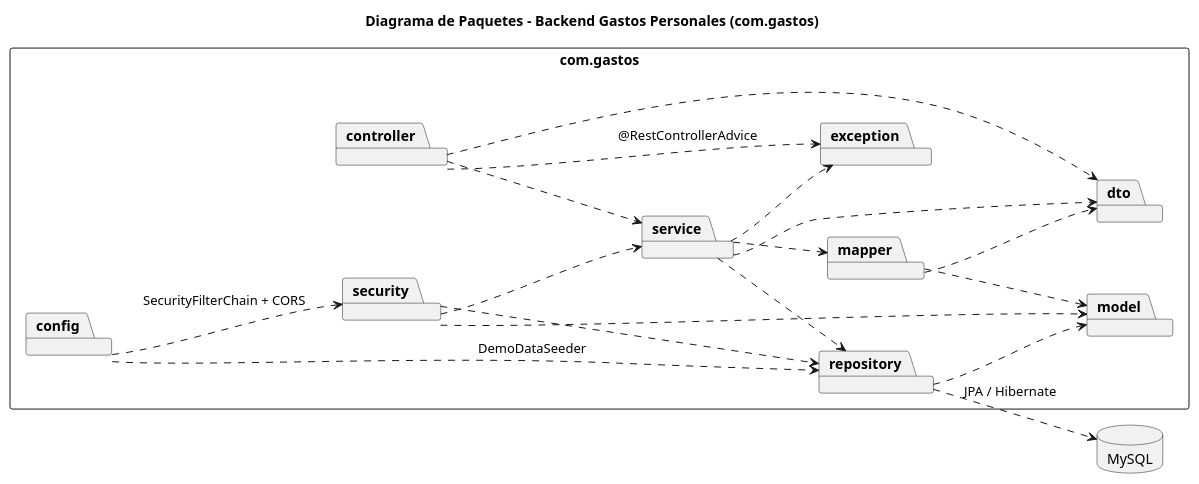
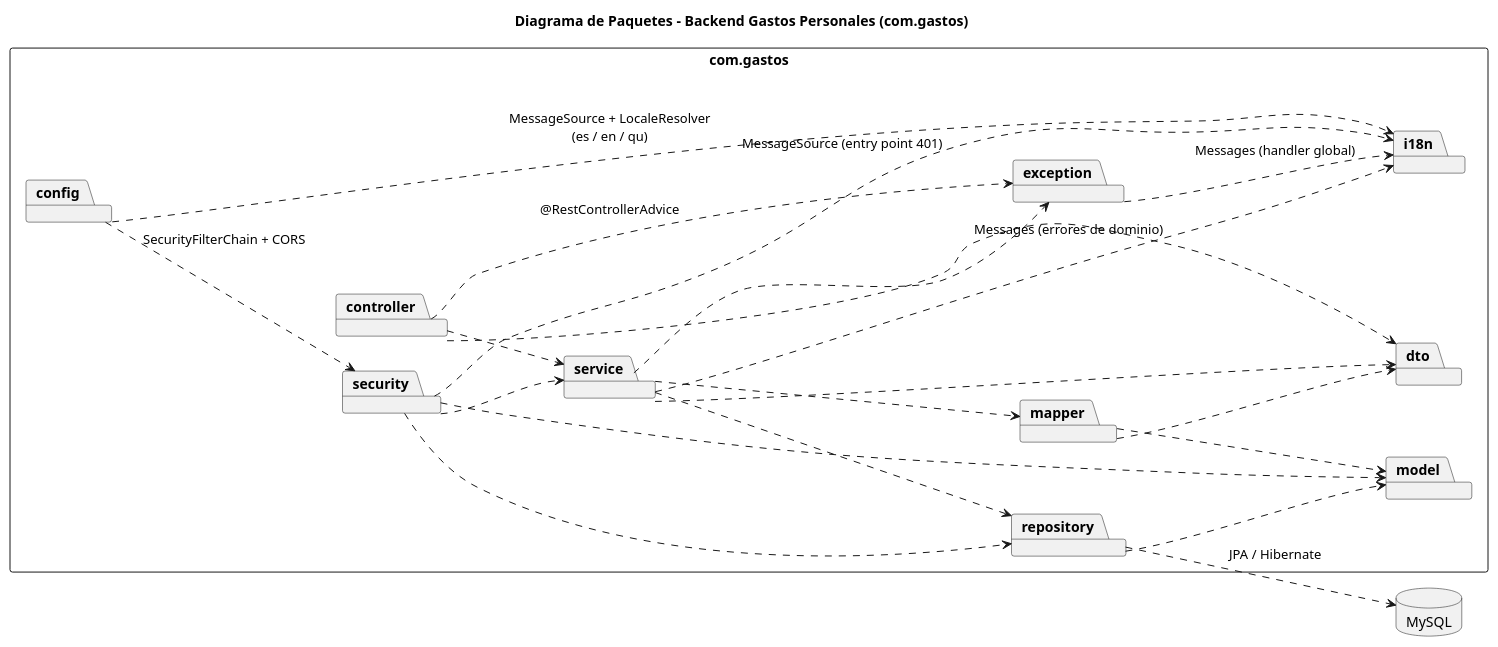
Before and after one commit to renzocand/04---gastos-personales: the diagram in docs/package-diagram.puml, drawn with PlantUML. The commit also changed 73 other files, not shown here.

```diff
--- a/docs/package-diagram.puml
+++ b/docs/package-diagram.puml
@@ -1,43 +1,51 @@
 @startuml package-diagram
 title Diagrama de Paquetes - Backend Gastos Personales (com.gastos)
 
 skinparam packageStyle rectangle
 left to right direction
 
 package "com.gastos" {
     package "controller" as controller
     package "service" as service
     package "repository" as repository
     package "model" as model
     package "dto" as dto
     package "mapper" as mapper
     package "exception" as exception
     package "security" as security
     package "config" as config
+    package "i18n" as i18n
 }
 
 database "MySQL" as db
 
 ' Dependencias entre capas (flujo de la petición: arriba -> abajo)
 controller ..> service
 controller ..> dto
 service ..> repository
 service ..> mapper
 service ..> dto
 service ..> exception
 repository ..> model
 mapper ..> model
 mapper ..> dto
 controller ..> exception : @RestControllerAdvice
 
 ' Seguridad: filtro JWT delante de los controllers, valida el token por petición
 security ..> service
 security ..> repository
 security ..> model
 config ..> security : SecurityFilterChain + CORS
-config ..> repository : DemoDataSeeder
 
 ' Infraestructura
 repository ..> db : JPA / Hibernate
 
+' Internacionalización (i18n): el idioma se decide por el header Accept-Language.
+' MessageSource + LocaleResolver se configuran en config; Messages resuelve textos
+' traducidos para services, handler de excepciones y entry point de seguridad.
+config ..> i18n : MessageSource + LocaleResolver\n(es / en / qu)
+service ..> i18n : Messages (errores de dominio)
+exception ..> i18n : Messages (handler global)
+security ..> i18n : MessageSource (entry point 401)
+
 @enduml
```
